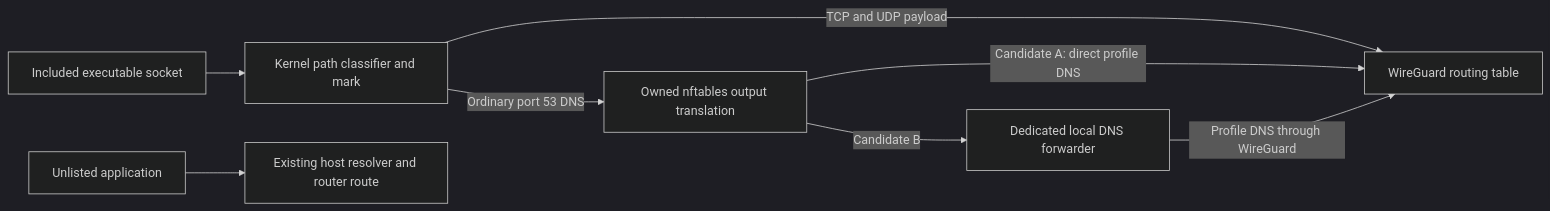
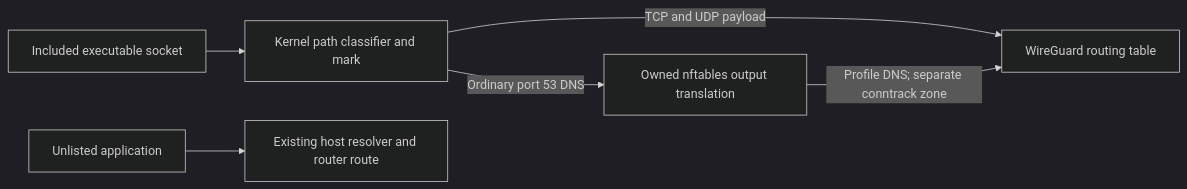
One commit to kylejduan/Wireguard-DNS-Program-Split changed the diagram in docs/superpowers/specs/2026-09-12-linux-include-mode-design.md. Above: the diagram before and after it, drawn with Mermaid (dark theme). The commit also changed other lines of this file and 1 other file, not shown here.

````diff
--- a/docs/superpowers/specs/2026-09-12-linux-include-mode-design.md
+++ b/docs/superpowers/specs/2026-09-12-linux-include-mode-design.md
@@ -155,10 +159,8 @@
 ```mermaid
 flowchart LR
     A[Included executable socket] --> M[Kernel path classifier and mark]
     M -->|TCP and UDP payload| W[WireGuard routing table]
     M -->|Ordinary port 53 DNS| N[Owned nftables output translation]
-    N -->|Candidate A: direct profile DNS| W
-    N -->|Candidate B| D[Dedicated local DNS forwarder]
-    D -->|Profile DNS through WireGuard| W
+    N -->|Profile DNS; separate conntrack zone| W
     B[Unlisted application] --> H[Existing host resolver and router route]
 ```
````
